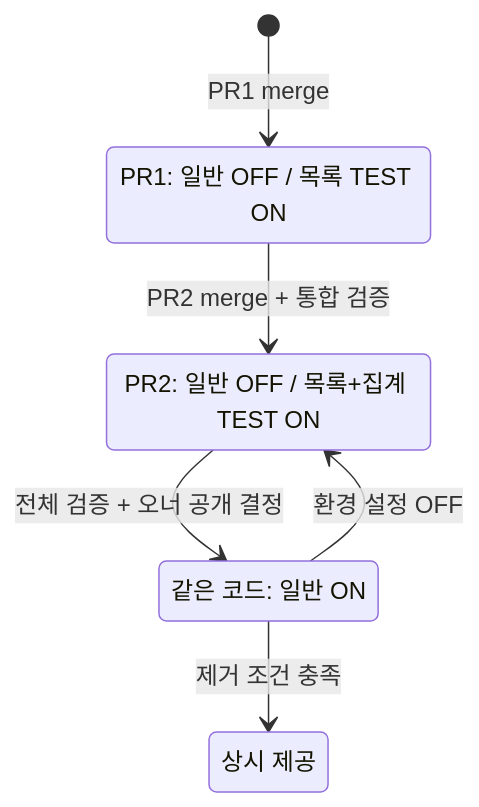
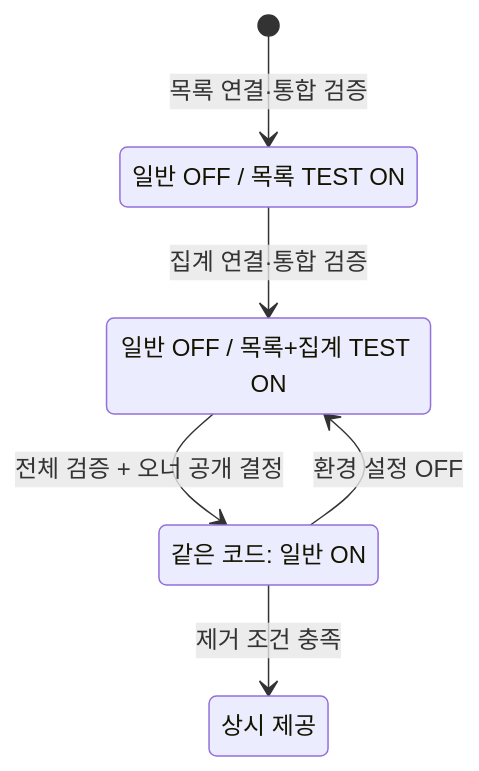
One commit to bifrost17/ai-native-sdlc-sample changed the diagram in docs/research/sdlc-documentation/spec-plan-design/candidate/examples/F03/spec.md. Above: the diagram before and after it, drawn with Mermaid. The commit also changed other lines of this file and 21 other files, not shown here.

````diff
--- a/docs/research/sdlc-documentation/spec-plan-design/candidate/examples/F03/spec.md
+++ b/docs/research/sdlc-documentation/spec-plan-design/candidate/examples/F03/spec.md
@@ -43,12 +44,12 @@
 ```mermaid
 stateDiagram-v2
-  [*] --> Partial: PR1 merge
-  state "PR1: 일반 OFF / 목록 TEST ON" as Partial
-  state "PR2: 일반 OFF / 목록+집계 TEST ON" as Complete
+  [*] --> Partial: 목록 연결·통합 검증
+  state "일반 OFF / 목록 TEST ON" as Partial
+  state "일반 OFF / 목록+집계 TEST ON" as Complete
   state "같은 코드: 일반 ON" as Released
   state "상시 제공" as Clean
-  Partial --> Complete: PR2 merge + 통합 검증
+  Partial --> Complete: 집계 연결·통합 검증
   Complete --> Released: 전체 검증 + 오너 공개 결정
   Released --> Complete: 환경 설정 OFF
   Released --> Clean: 제거 조건 충족
 ```
````
